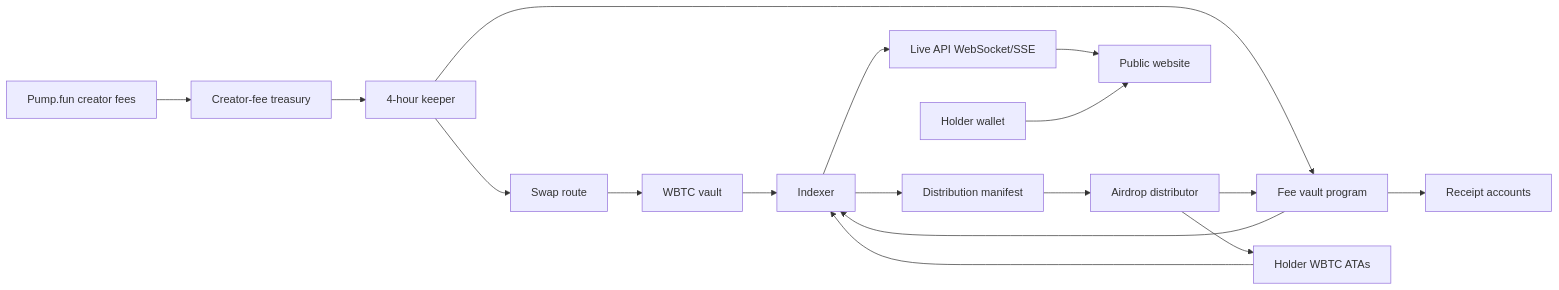
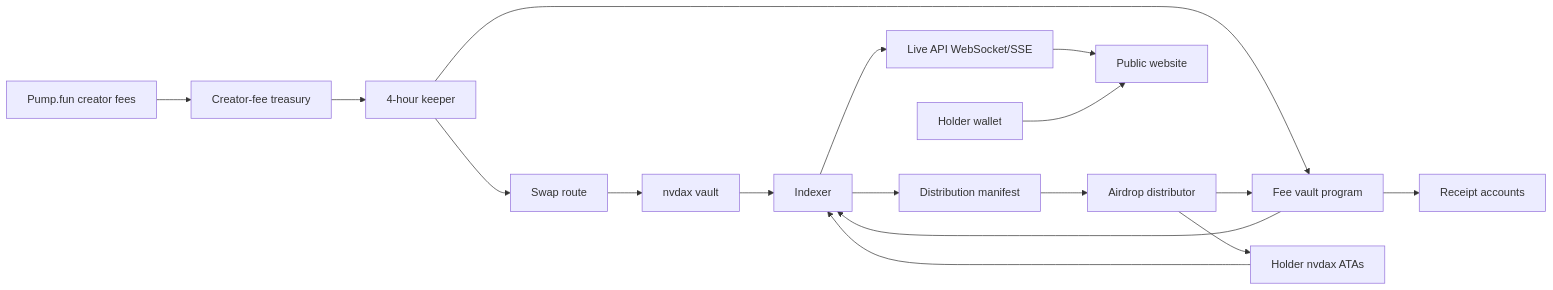
One commit to JermWang/btcpizza changed the diagram in docs/ARCHITECTURE.md. Above: the diagram before and after it, drawn with Mermaid. The commit also changed other lines of this file and 121 other files, not shown here.

````diff
--- a/docs/ARCHITECTURE.md
+++ b/docs/ARCHITECTURE.md
@@ -5,19 +5,19 @@
 ```mermaid
 flowchart LR
   Pump["Pump.fun creator fees"] --> Treasury["Creator-fee treasury"]
   Treasury --> Keeper["4-hour keeper"]
   Keeper --> Dex["Swap route"]
-  Dex --> BtcVault["WBTC vault"]
+  Dex --> BtcVault["nvdax vault"]
   Keeper --> Program["Fee vault program"]
   Program --> Receipts["Receipt accounts"]
   Indexer["Indexer"] --> Manifest["Distribution manifest"]
   Manifest --> Distributor["Airdrop distributor"]
-  Distributor --> Holders["Holder WBTC ATAs"]
+  Distributor --> Holders["Holder nvdax ATAs"]
   Distributor --> Program
   Program --> Indexer
   BtcVault --> Indexer
   Holders --> Indexer
   Indexer --> LiveApi["Live API WebSocket/SSE"]
   LiveApi --> Web["Public website"]
   Holder["Holder wallet"] --> Web
 ```
````
